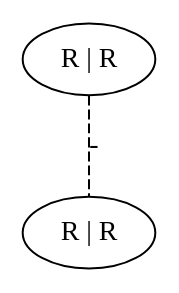
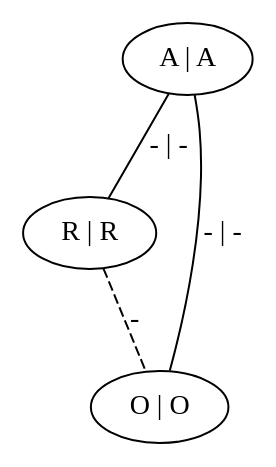
The diagram in catalan/out/020_r_3_combined.dot (lazh01/Kemoinformatik), drawn with Graphviz before and after one commit. The commit also changed 235 other files, not shown here.

```diff
--- a/catalan/out/020_r_3_combined.dot
+++ b/catalan/out/020_r_3_combined.dot
@@ -1,5 +1,8 @@
 graph G {
-	0 [ label="R | R" ]
+	0 [ label="A | A" ]
 	1 [ label="R | R" ]
-	0 -- 1 [ style=dashed label="-" ]
+	2 [ label="O | O" ]
+	0 -- 1 [ label="- | -" ]
+	0 -- 2 [ label="- | -" ]
+	1 -- 2 [ style=dashed label="-" ]
 }
```
